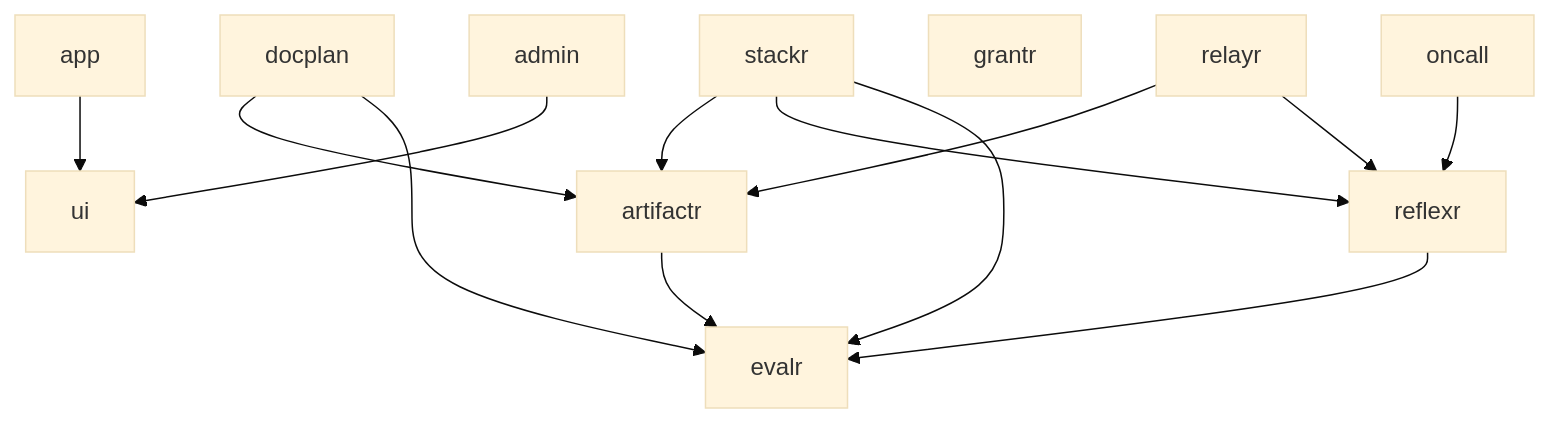
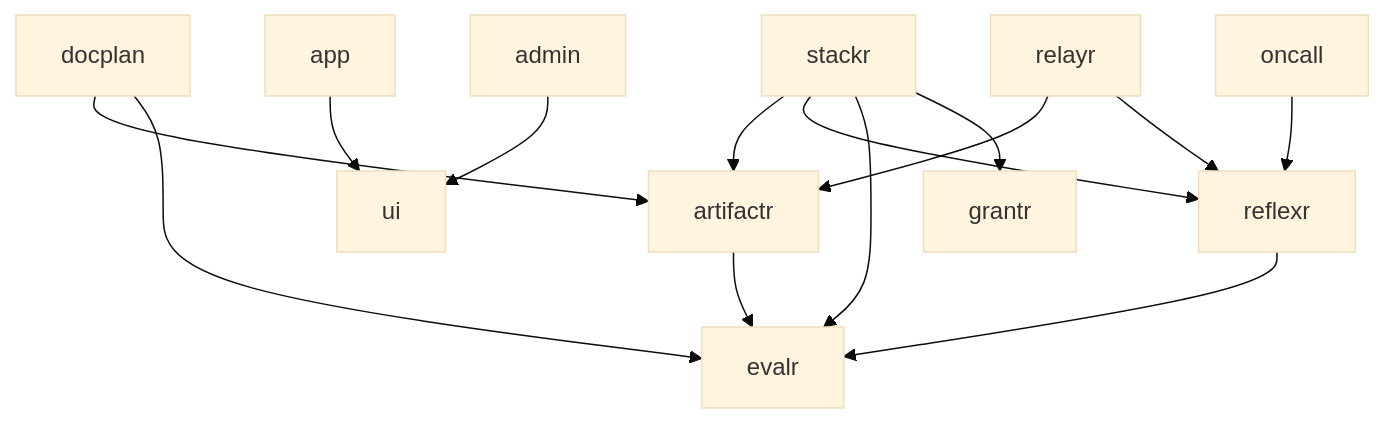
Before and after one commit to alexnodeland/lattice: the diagram in docs/architecture.md, drawn with Mermaid (base theme). The commit also changed other lines of this file and 46 other files, not shown here.

First line of the commit message:
feat(stackr)!: access with grantr in the template: tenants from memberships, keys, and every command and read checked

````diff
--- a/docs/architecture.md
+++ b/docs/architecture.md
@@ -81,16 +81,16 @@
 ```mermaid
 graph TD
     relayr --> artifactr
     relayr --> reflexr
     docplan --> artifactr
     docplan --> evalr
     oncall --> reflexr
     stackr --> artifactr
     stackr --> reflexr
     stackr --> evalr
+    stackr --> grantr
     artifactr --> evalr
     reflexr --> evalr
-    grantr
     app --> ui
     admin --> ui
 ```
````
